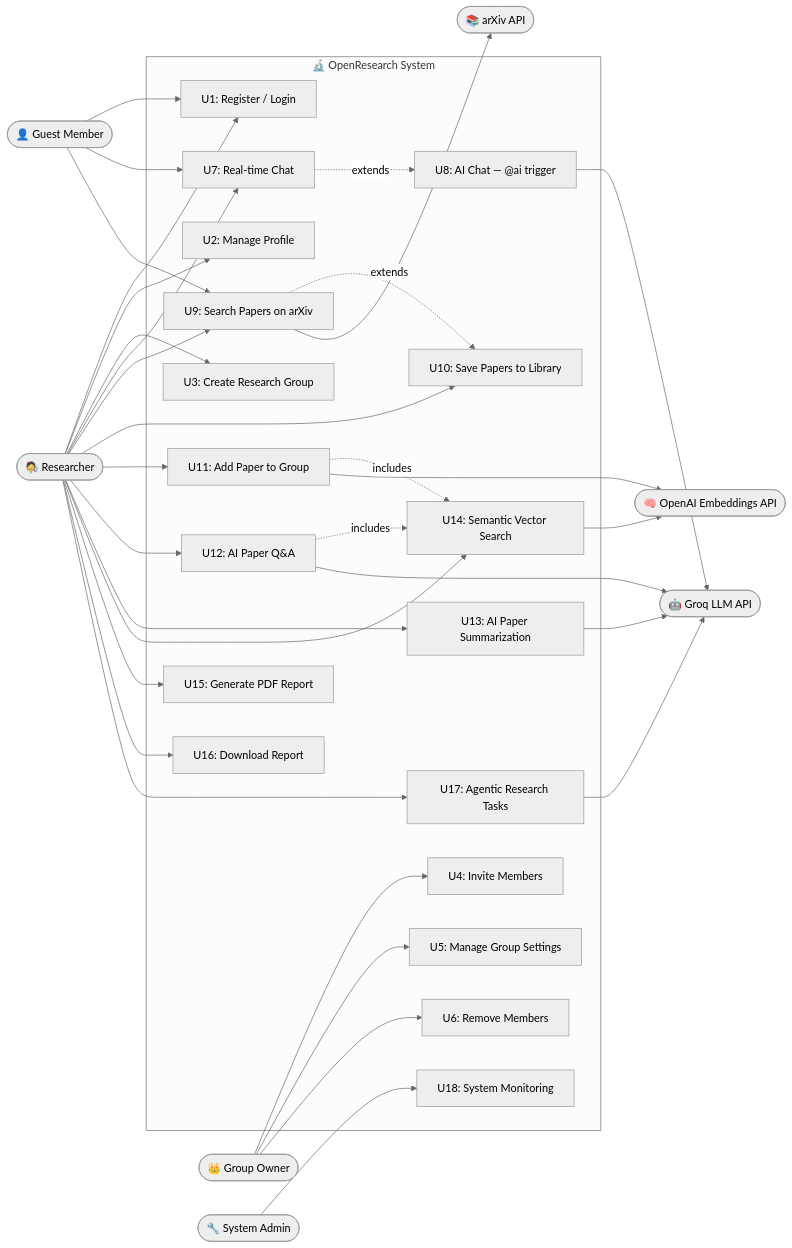
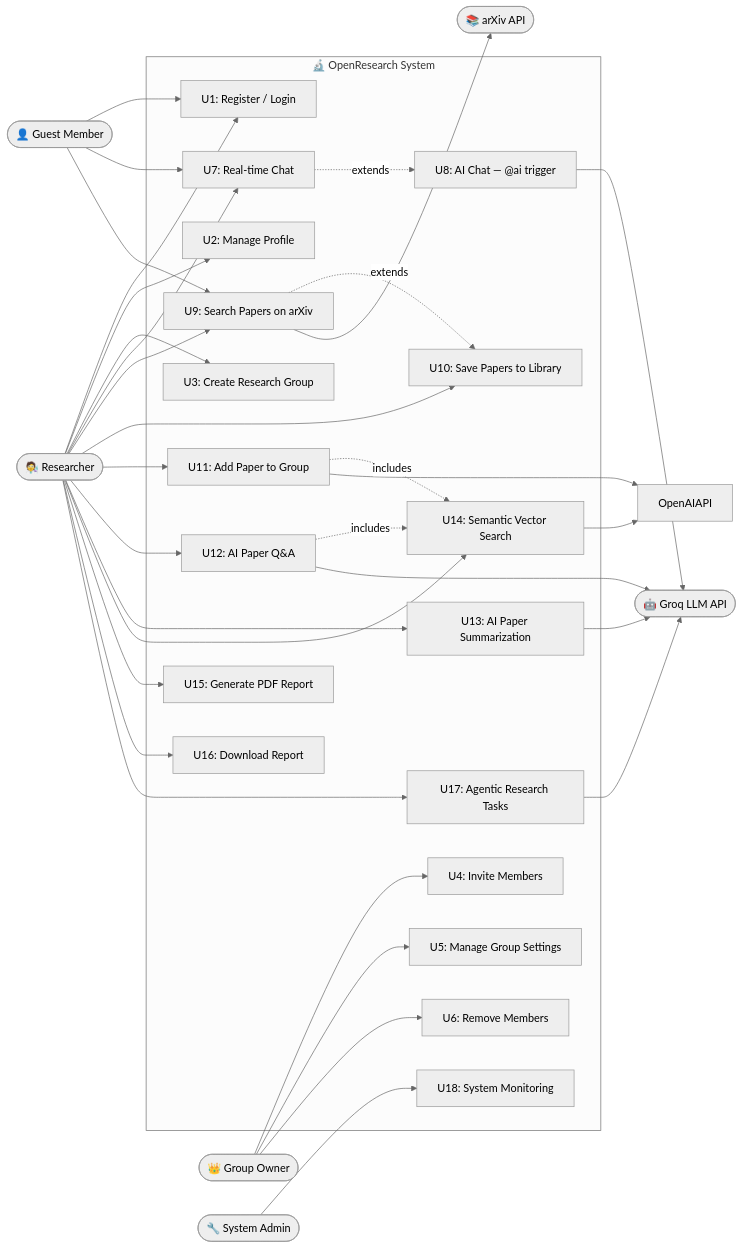
One commit to BRUH-MAIN/OpenResearch changed the first of 11 diagrams in docs/UML-Diagrams.md. Above: the diagram before and after it, drawn with Mermaid (neutral theme). The commit also changed other lines of this file and 44 other files, not shown here.

````diff
--- a/docs/UML-Diagrams.md
+++ b/docs/UML-Diagrams.md
@@ -23,78 +23,77 @@
 ```mermaid
 graph LR
     %% Actors
     Researcher([🧑‍🔬 Researcher])
     GroupOwner([👑 Group Owner])
     Guest([👤 Guest Member])
     Admin([🔧 System Admin])
 
     %% External Systems
     ArXiv([📚 arXiv API])
     GroqAI([🤖 Groq LLM API])
-    OpenAIAPI([🧠 OpenAI Embeddings API])
 
     %% System Boundary
     subgraph OpenResearch ["🔬 OpenResearch System"]
         UC1["U1: Register / Login"]
         UC2["U2: Manage Profile"]
         UC3["U3: Create Research Group"]
         UC4["U4: Invite Members"]
         UC5["U5: Manage Group Settings"]
         UC6["U6: Remove Members"]
         UC7["U7: Real-time Chat"]
         UC8["U8: AI Chat — @ai trigger"]
         UC9["U9: Search Papers on arXiv"]
         UC10["U10: Save Papers to Library"]
         UC11["U11: Add Paper to Group"]
         UC12["U12: AI Paper Q&A"]
         UC13["U13: AI Paper Summarization"]
         UC14["U14: Semantic Vector Search"]
         UC15["U15: Generate PDF Report"]
         UC16["U16: Download Report"]
         UC17["U17: Agentic Research Tasks"]
         UC18["U18: System Monitoring"]
     end
 
     %% Researcher associations
     Researcher --> UC1
     Researcher --> UC2
     Researcher --> UC3
     Researcher --> UC7
     Researcher --> UC9
     Researcher --> UC10
     Researcher --> UC11
     Researcher --> UC12
     Researcher --> UC13
     Researcher --> UC14
     Researcher --> UC15
     Researcher --> UC16
     Researcher --> UC17
 
     %% Group Owner extends Researcher
     GroupOwner --> UC4
     GroupOwner --> UC5
     GroupOwner --> UC6
 
     %% Guest
     Guest --> UC1
     Guest --> UC7
     Guest --> UC9
 
     %% Admin
     Admin --> UC18
 
     %% Extends and Includes
     UC7 -.->|extends| UC8
     UC9 -.->|extends| UC10
     UC11 -.->|includes| UC14
     UC12 -.->|includes| UC14
 
     %% External system connections
     UC9 --> ArXiv
     UC8 --> GroqAI
     UC12 --> GroqAI
     UC13 --> GroqAI
     UC17 --> GroqAI
     UC11 --> OpenAIAPI
     UC14 --> OpenAIAPI
 ```
````
